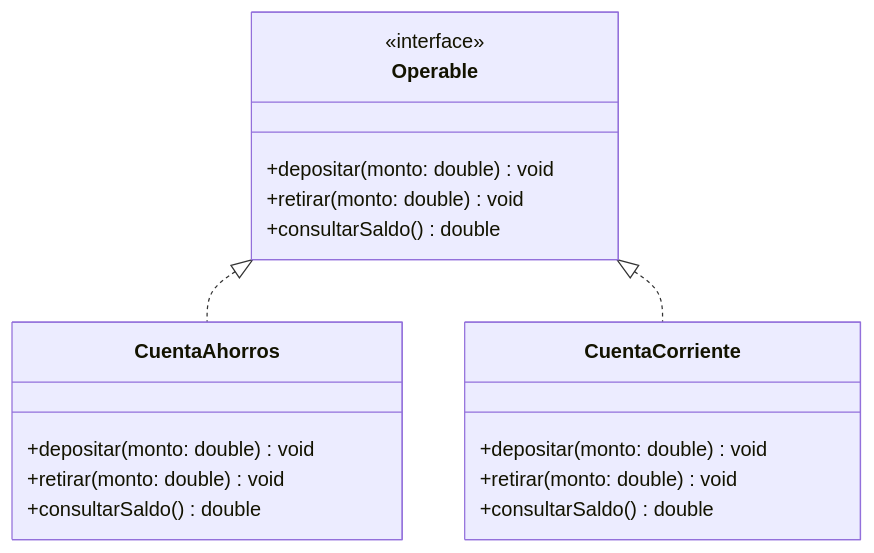
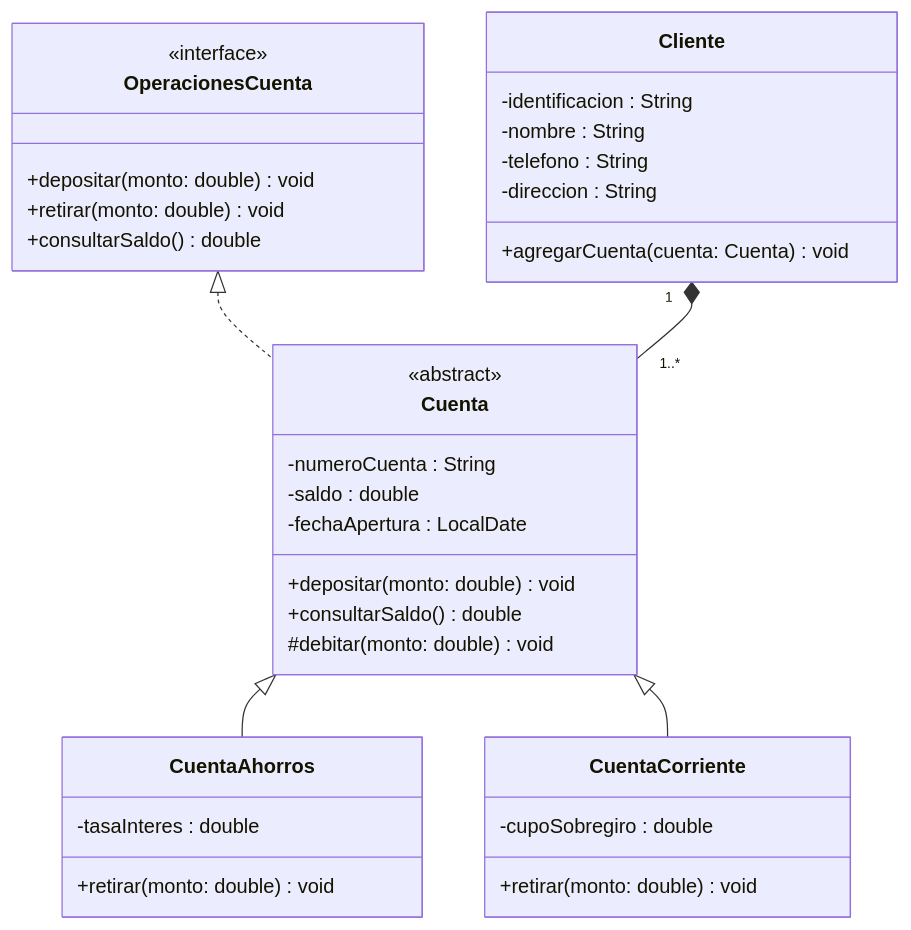
One commit to santiagoSuarez219/nodo-edu changed the second of 3 diagrams in content/cursos/estructuras-de-datos/diseno-con-tad-y-orientacion-a-objetos.mdx. Above: the diagram before and after it, drawn with Mermaid. The commit also changed other lines of this file and 3 other files, not shown here.

````diff
--- a/content/cursos/estructuras-de-datos/diseno-con-tad-y-orientacion-a-objetos.mdx
+++ b/content/cursos/estructuras-de-datos/diseno-con-tad-y-orientacion-a-objetos.mdx
@@ -98,21 +81,37 @@
 ```mermaid
 classDiagram
-  class Operable {
+  class OperacionesCuenta {
     <<interface>>
     +depositar(monto: double) void
     +retirar(monto: double) void
     +consultarSaldo() double
   }
+  class Cuenta {
+    <<abstract>>
+    -numeroCuenta : String
+    -saldo : double
+    -fechaApertura : LocalDate
+    +depositar(monto: double) void
+    +consultarSaldo() double
+    #debitar(monto: double) void
+  }
   class CuentaAhorros {
-    +depositar(monto: double) void
+    -tasaInteres : double
     +retirar(monto: double) void
-    +consultarSaldo() double
   }
   class CuentaCorriente {
-    +depositar(monto: double) void
+    -cupoSobregiro : double
     +retirar(monto: double) void
-    +consultarSaldo() double
   }
-  Operable <|.. CuentaAhorros
-  Operable <|.. CuentaCorriente
+  class Cliente {
+    -identificacion : String
+    -nombre : String
+    -telefono : String
+    -direccion : String
+    +agregarCuenta(cuenta: Cuenta) void
+  }
+  OperacionesCuenta <|.. Cuenta
+  Cuenta <|-- CuentaAhorros
+  Cuenta <|-- CuentaCorriente
+  Cliente "1" *-- "1..*" Cuenta
 ```
````
